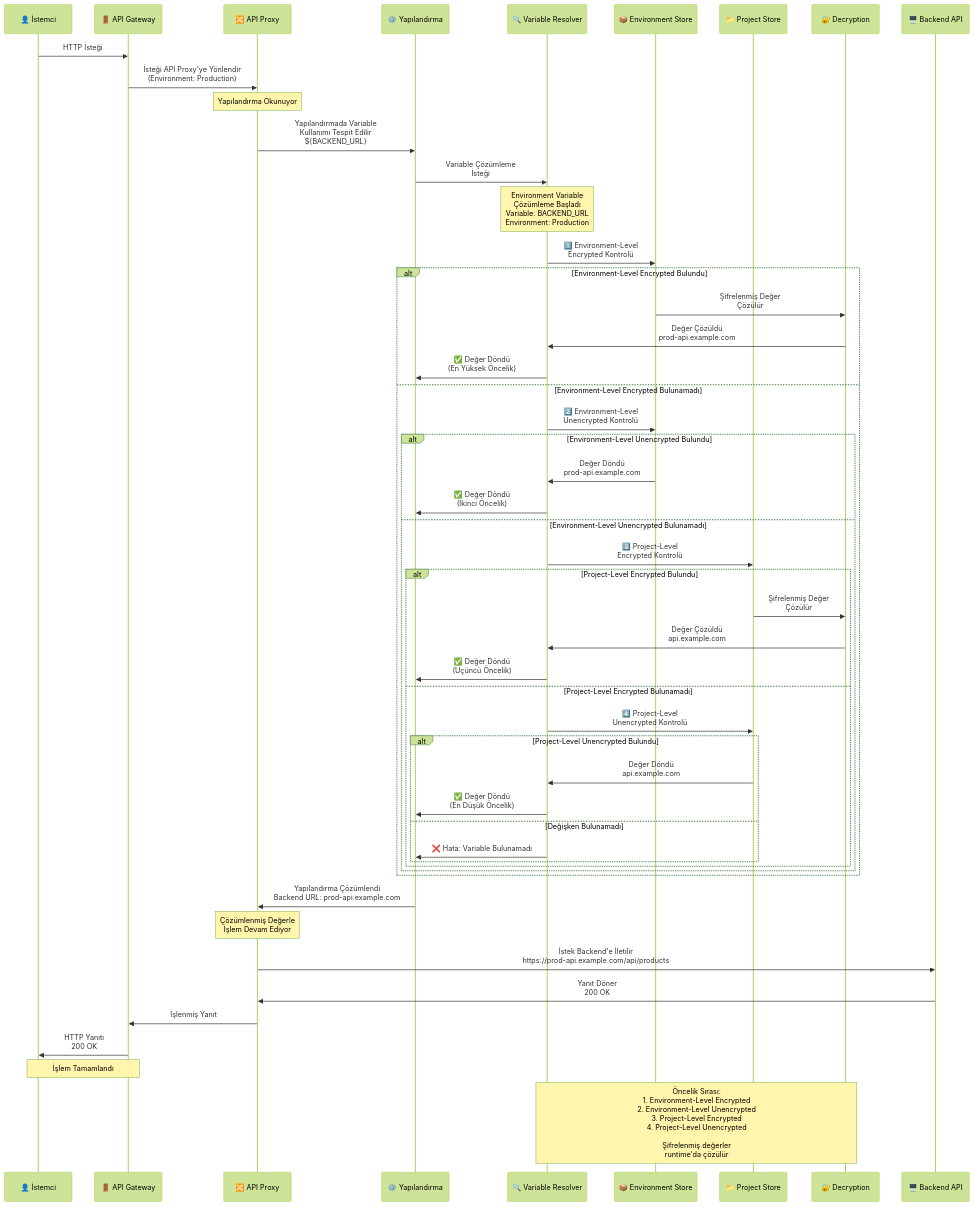
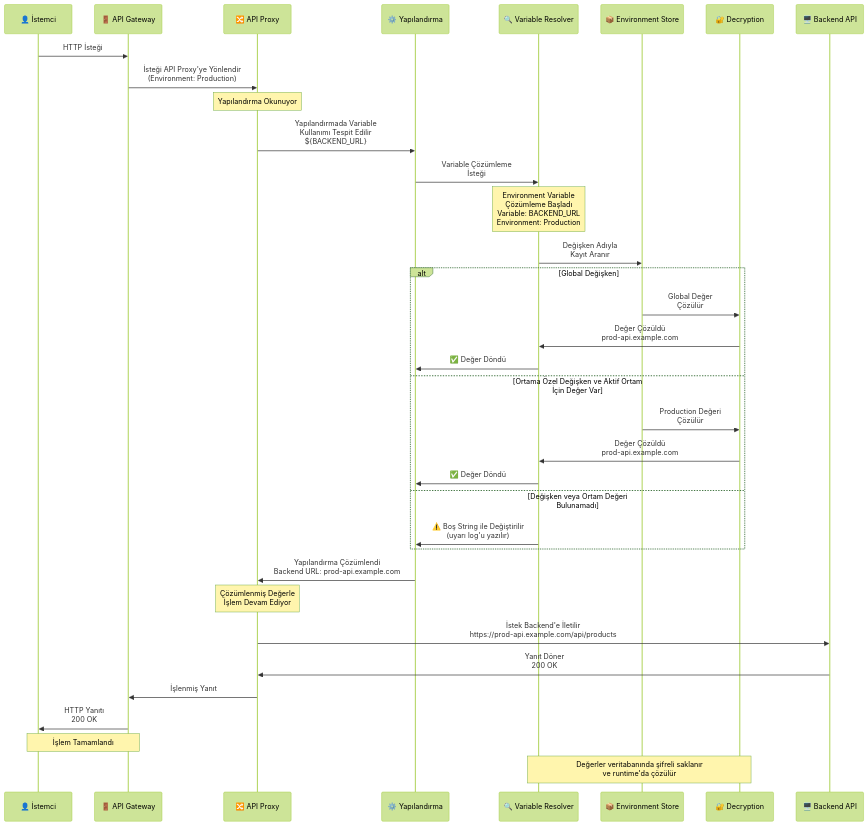
The diagram in tr/concepts/temel-kavramlar/environment-variable.mdx (apinizer/docs), drawn with Mermaid (forest theme) before and after one commit. The commit also changed other lines of this file and 35 other files, not shown here.

````diff
--- a/tr/concepts/temel-kavramlar/environment-variable.mdx
+++ b/tr/concepts/temel-kavramlar/environment-variable.mdx
@@ -35,72 +35,53 @@
 ```mermaid
 sequenceDiagram
     participant Client as 👤 İstemci
     participant Gateway as 🚪 API Gateway
     participant Proxy as 🔀 API Proxy
     participant Config as ⚙️ Yapılandırma
     participant VarResolver as 🔍 Variable Resolver
     participant EnvStore as 📦 Environment Store
-    participant ProjectStore as 📁 Project Store
     participant Decrypt as 🔐 Decryption
     participant Backend as 🖥️ Backend API
     
     Client->>Gateway: HTTP İsteği
     
     Gateway->>Proxy: İsteği API Proxy'ye Yönlendir<br/>(Environment: Production)
     
     Note over Proxy: Yapılandırma Okunuyor
     
     Proxy->>Config: Yapılandırmada Variable<br/>Kullanımı Tespit Edilir<br/>${BACKEND_URL}
     
     Config->>VarResolver: Variable Çözümleme<br/>İsteği
     
     Note over VarResolver: Environment Variable<br/>Çözümleme Başladı<br/>Variable: BACKEND_URL<br/>Environment: Production
     
-    VarResolver->>EnvStore: 1️⃣ Environment-Level<br/>Encrypted Kontrolü
+    VarResolver->>EnvStore: Değişken Adıyla<br/>Kayıt Aranır
     
-    alt Environment-Level Encrypted Bulundu
-        EnvStore->>Decrypt: Şifrelenmiş Değer<br/>Çözülür
+    alt Global Değişken
+        EnvStore->>Decrypt: Global Değer<br/>Çözülür
         Decrypt->>VarResolver: Değer Çözüldü<br/>prod-api.example.com
-        VarResolver->>Config: ✅ Değer Döndü<br/>(En Yüksek Öncelik)
-    else Environment-Level Encrypted Bulunamadı
-        VarResolver->>EnvStore: 2️⃣ Environment-Level<br/>Unencrypted Kontrolü
-        
-        alt Environment-Level Unencrypted Bulundu
-            EnvStore->>VarResolver: Değer Döndü<br/>prod-api.example.com
-            VarResolver->>Config: ✅ Değer Döndü<br/>(İkinci Öncelik)
-        else Environment-Level Unencrypted Bulunamadı
-            VarResolver->>ProjectStore: 3️⃣ Project-Level<br/>Encrypted Kontrolü
-            
-            alt Project-Level Encrypted Bulundu
-                ProjectStore->>Decrypt: Şifrelenmiş Değer<br/>Çözülür
-                Decrypt->>VarResolver: Değer Çözüldü<br/>api.example.com
-                VarResolver->>Config: ✅ Değer Döndü<br/>(Üçüncü Öncelik)
-            else Project-Level Encrypted Bulunamadı
-                VarResolver->>ProjectStore: 4️⃣ Project-Level<br/>Unencrypted Kontrolü
-                
-                alt Project-Level Unencrypted Bulundu
-                    ProjectStore->>VarResolver: Değer Döndü<br/>api.example.com
-                    VarResolver->>Config: ✅ Değer Döndü<br/>(En Düşük Öncelik)
-                else Değişken Bulunamadı
-                    VarResolver->>Config: ❌ Hata: Variable Bulunamadı
-                end
-            end
-        end
+        VarResolver->>Config: ✅ Değer Döndü
+    else Ortama Özel Değişken ve Aktif Ortam İçin Değer Var
+        EnvStore->>Decrypt: Production Değeri<br/>Çözülür
+        Decrypt->>VarResolver: Değer Çözüldü<br/>prod-api.example.com
+        VarResolver->>Config: ✅ Değer Döndü
+    else Değişken veya Ortam Değeri Bulunamadı
+        VarResolver->>Config: ⚠️ Boş String ile Değiştirilir<br/>(uyarı log'u yazılır)
     end
     
     Config->>Proxy: Yapılandırma Çözümlendi<br/>Backend URL: prod-api.example.com
     
     Note over Proxy: Çözümlenmiş Değerle<br/>İşlem Devam Ediyor
     
     Proxy->>Backend: İstek Backend'e İletilir<br/>https://prod-api.example.com/api/products
     
     Backend->>Proxy: Yanıt Döner<br/>200 OK
     
     Proxy->>Gateway: İşlenmiş Yanıt
     
     Gateway->>Client: HTTP Yanıtı<br/>200 OK
     
     Note over Client,Gateway: İşlem Tamamlandı
     
-    Note over VarResolver,Decrypt: Öncelik Sırası:<br/>1. Environment-Level Encrypted<br/>2. Environment-Level Unencrypted<br/>3. Project-Level Encrypted<br/>4. Project-Level Unencrypted<br/><br/>Şifrelenmiş değerler<br/>runtime'da çözülür
+    Note over VarResolver,Decrypt: Değerler veritabanında şifreli saklanır<br/>ve runtime'da çözülür
 ```
````
